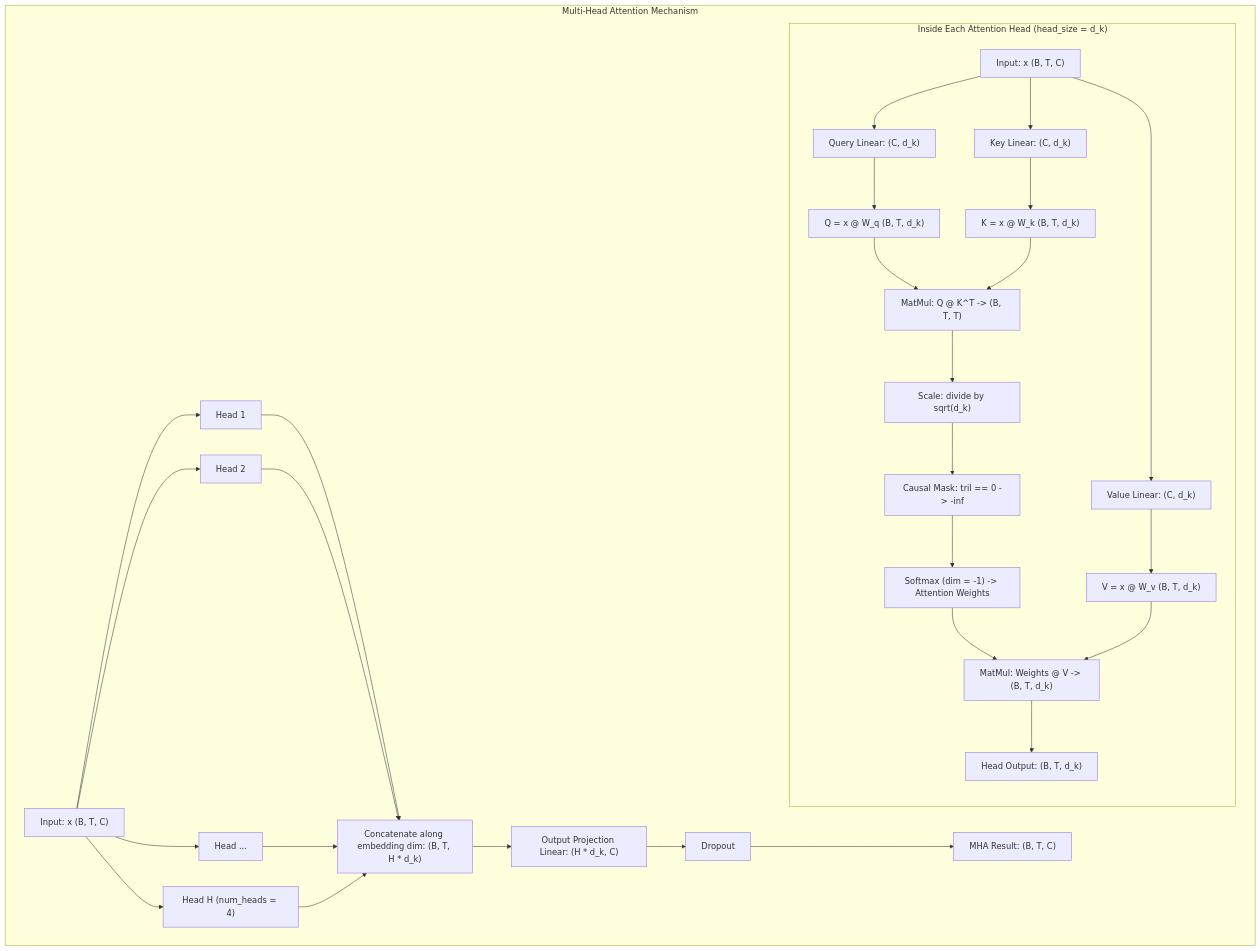
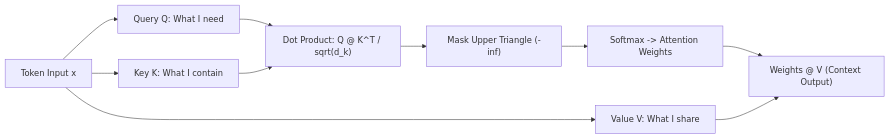
Before and after one commit to Bariharsh/GPT-scratch: the third of 3 diagrams in README.md, drawn with Mermaid. The commit also changed other lines of this file and 1 other file, not shown here.

````diff
--- a/README.md
+++ b/README.md
@@ -118,40 +216,13 @@
 ```mermaid
-flowchart TD
-    subgraph MultiHead["Multi-Head Attention Mechanism"]
-        XIn["Input: x (B, T, C)"] --> Head1["Head 1"]
-        XIn --> Head2["Head 2"]
-        XIn --> Head3["Head ..."]
-        XIn --> HeadH["Head H (num_heads = 4)"]
-
-        subgraph SingleHeadDetails["Inside Each Attention Head (head_size = d_k)"]
-            HInput["Input: x (B, T, C)"]
-            HInput --> Wq["Query Linear: (C, d_k)"]
-            HInput --> Wk["Key Linear: (C, d_k)"]
-            HInput --> Wv["Value Linear: (C, d_k)"]
-            
-            Wq --> Q["Q = x @ W_q (B, T, d_k)"]
-            Wk --> K["K = x @ W_k (B, T, d_k)"]
-            Wv --> V["V = x @ W_v (B, T, d_k)"]
-            
-            Q --> MatMulQK["MatMul: Q @ K^T -> (B, T, T)"]
-            K --> MatMulQK
-            
-            MatMulQK --> Scale["Scale: divide by sqrt(d_k)"]
-            Scale --> Mask["Causal Mask: tril == 0 -> -inf"]
-            Mask --> Softmax["Softmax (dim = -1) -> Attention Weights"]
-            
-            Softmax --> MatMulV["MatMul: Weights @ V -> (B, T, d_k)"]
-            V --> MatMulV
-            MatMulV --> HeadOut["Head Output: (B, T, d_k)"]
-        end
-
-        Head1 --> Concat["Concatenate along embedding dim: (B, T, H * d_k)"]
-        Head2 --> Concat
-        Head3 --> Concat
-        HeadH --> Concat
-
-        Concat --> Proj["Output Projection Linear: (H * d_k, C)"]
-        Proj --> Drop["Dropout"]
-        Drop --> MHAOutput["MHA Result: (B, T, C)"]
-    end
+flowchart LR
+    X["Token Input x"] --> Q["Query Q: What I need"]
+    X --> K["Key K: What I contain"]
+    X --> V["Value V: What I share"]
+    
+    Q --> Dot["Dot Product: Q @ K^T / sqrt(d_k)"]
+    K --> Dot
+    Dot --> Mask["Mask Upper Triangle (-inf)"]
+    Mask --> Smax["Softmax -> Attention Weights"]
+    Smax --> Out["Weights @ V (Context Output)"]
+    V --> Out
 ```
````
